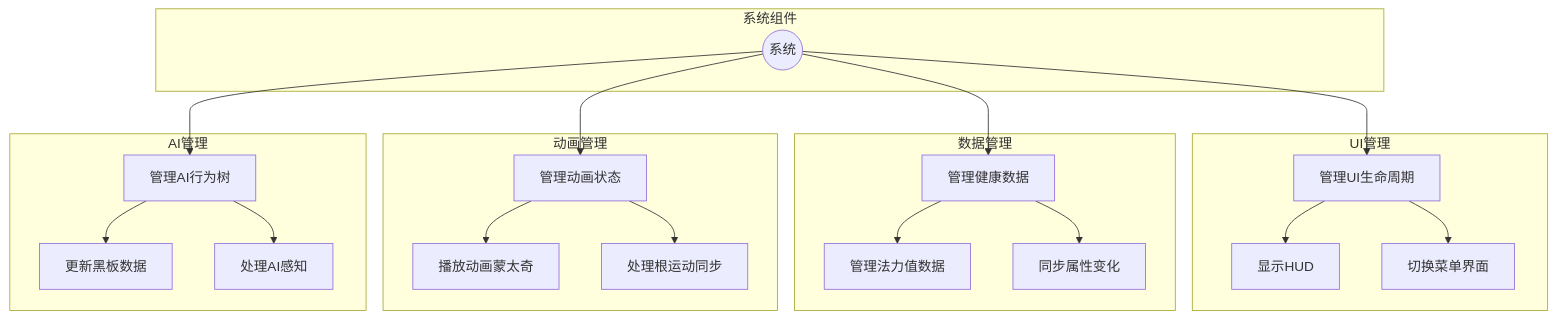
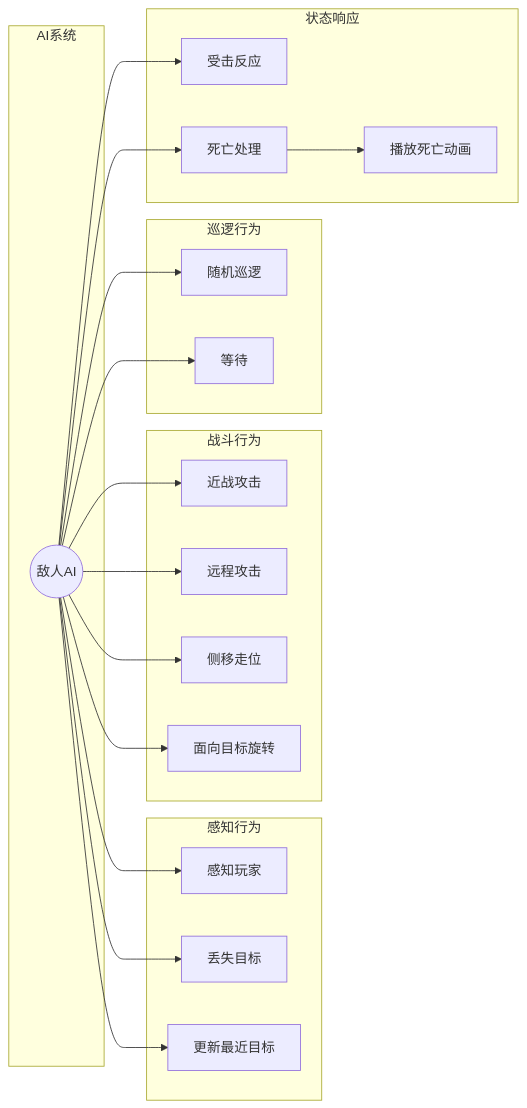
Diagram 20 of 21 in Source/Docs/DetailedDesign.md (ARK31415/RPG), drawn with Mermaid before and after one commit. The commit also changed other lines of this file and 11 other files, not shown here.

````diff
--- a/Source/Docs/DetailedDesign.md
+++ b/Source/Docs/DetailedDesign.md
@@ -1181,44 +1058,43 @@
 ```mermaid
-graph TB
-    subgraph 系统组件
-        System((系统))
+graph LR
+    subgraph AI系统
+        Enemy((敌人AI))
     end
     
-    subgraph UI管理
-        UC1[管理UI生命周期]
-        UC2[显示HUD]
-        UC3[切换菜单界面]
+    subgraph 感知行为
+        UC1[感知玩家]
+        UC2[丢失目标]
+        UC3[更新最近目标]
     end
     
-    subgraph 数据管理
-        UC4[管理健康数据]
-        UC5[管理法力值数据]
-        UC6[同步属性变化]
+    subgraph 战斗行为
+        UC4[近战攻击]
+        UC5[远程攻击]
+        UC6[侧移走位]
+        UC7[面向目标旋转]
     end
     
-    subgraph 动画管理
-        UC7[管理动画状态]
-        UC8[播放动画蒙太奇]
-        UC9[处理根运动同步]
+    subgraph 巡逻行为
+        UC8[随机巡逻]
+        UC9[等待]
     end
     
-    subgraph AI管理
-        UC10[管理AI行为树]
-        UC11[更新黑板数据]
-        UC12[处理AI感知]
+    subgraph 状态响应
+        UC10[受击反应]
+        UC11[死亡处理]
+        UC12[播放死亡动画]
     end
     
-    System --> UC1
-    System --> UC4
-    System --> UC7
-    System --> UC10
-    
-    UC1 --> UC2
-    UC1 --> UC3
-    UC4 --> UC5
-    UC4 --> UC6
-    UC7 --> UC8
-    UC7 --> UC9
-    UC10 --> UC11
-    UC10 --> UC12
+    Enemy --> UC1
+    Enemy --> UC2
+    Enemy --> UC3
+    Enemy --> UC4
+    Enemy --> UC5
+    Enemy --> UC6
+    Enemy --> UC7
+    Enemy --> UC8
+    Enemy --> UC9
+    Enemy --> UC10
+    Enemy --> UC11
+    UC11 --> UC12
 ```
````
